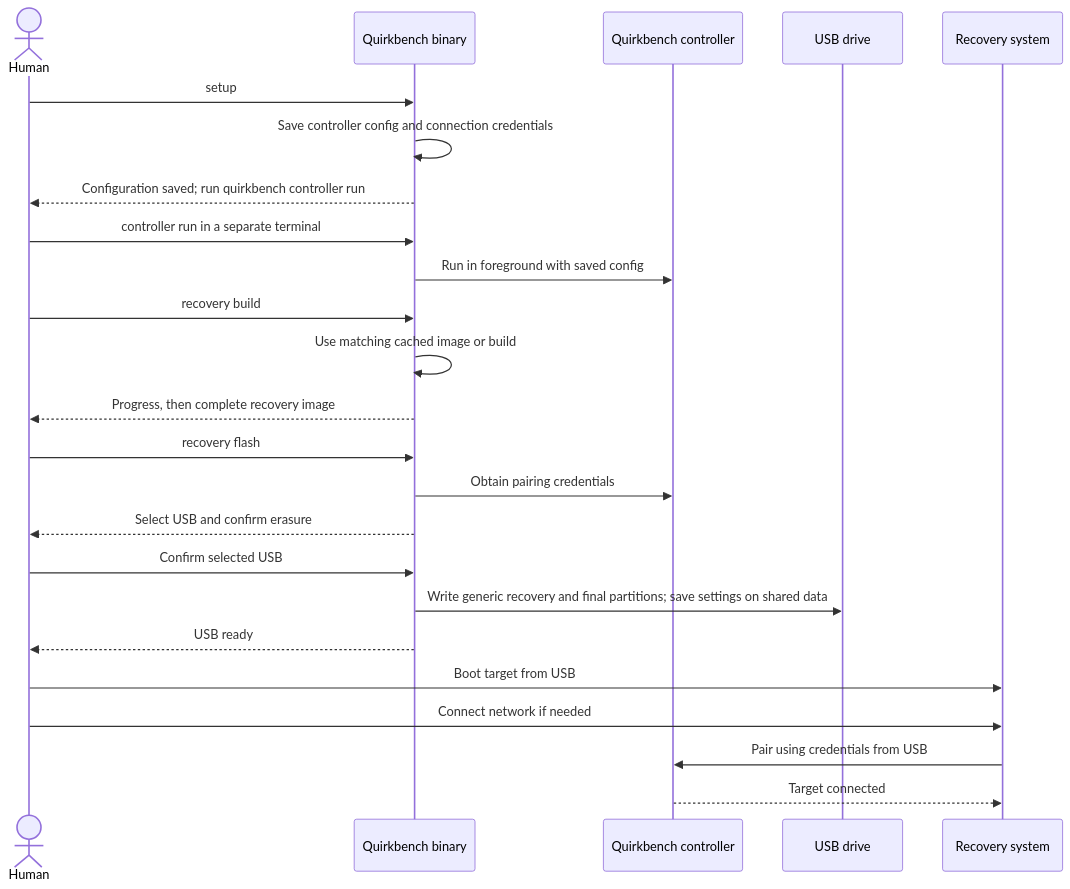
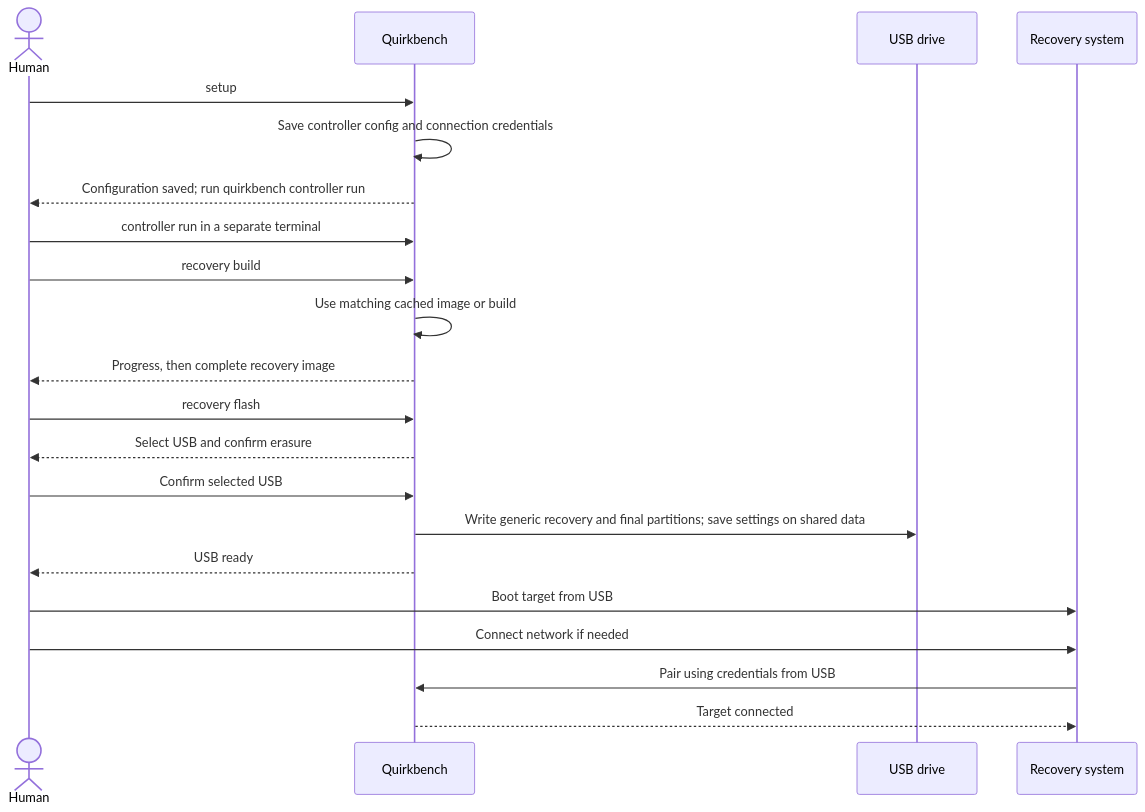
The first of 3 diagrams in docs/designs/component-sequence.md (esper256/quirkbench), drawn with Mermaid before and after one commit. The commit also changed other lines of this file, not shown here.

Commit message:
Some minor fixes to the sequence diagram

````diff
--- a/docs/designs/component-sequence.md
+++ b/docs/designs/component-sequence.md
@@ -10,28 +11,25 @@
 ```mermaid
 sequenceDiagram
     actor Human
-    participant CLI as Quirkbench binary
-    participant Controller as Quirkbench controller
+    participant Quirkbench
     participant USB as USB drive
     participant Recovery as Recovery system
 
-    Human->>CLI: setup
-    CLI->>CLI: Save controller config and connection credentials
-    CLI-->>Human: Configuration saved#59; run quirkbench controller run
-    Human->>CLI: controller run in a separate terminal
-    CLI->>Controller: Run in foreground with saved config
-    Human->>CLI: recovery build
-    CLI->>CLI: Use matching cached image or build
-    CLI-->>Human: Progress, then complete recovery image
-    Human->>CLI: recovery flash
-    CLI->>Controller: Obtain pairing credentials
-    CLI-->>Human: Select USB and confirm erasure
-    Human->>CLI: Confirm selected USB
-    CLI->>USB: Write generic recovery and final partitions#59; save settings on shared data
-    CLI-->>Human: USB ready
+    Human->>Quirkbench: setup
+    Quirkbench->>Quirkbench: Save controller config and connection credentials
+    Quirkbench-->>Human: Configuration saved#59; run quirkbench controller run
+    Human->>Quirkbench: controller run in a separate terminal
+    Human->>Quirkbench: recovery build
+    Quirkbench->>Quirkbench: Use matching cached image or build
+    Quirkbench-->>Human: Progress, then complete recovery image
+    Human->>Quirkbench: recovery flash
+    Quirkbench-->>Human: Select USB and confirm erasure
+    Human->>Quirkbench: Confirm selected USB
+    Quirkbench->>USB: Write generic recovery and final partitions#59; save settings on shared data
+    Quirkbench-->>Human: USB ready
     Human->>Recovery: Boot target from USB
     Human->>Recovery: Connect network if needed
-    Recovery->>Controller: Pair using credentials from USB
-    Controller-->>Recovery: Target connected
+    Recovery->>Quirkbench: Pair using credentials from USB
+    Quirkbench-->>Recovery: Target connected
 
 ```
````
